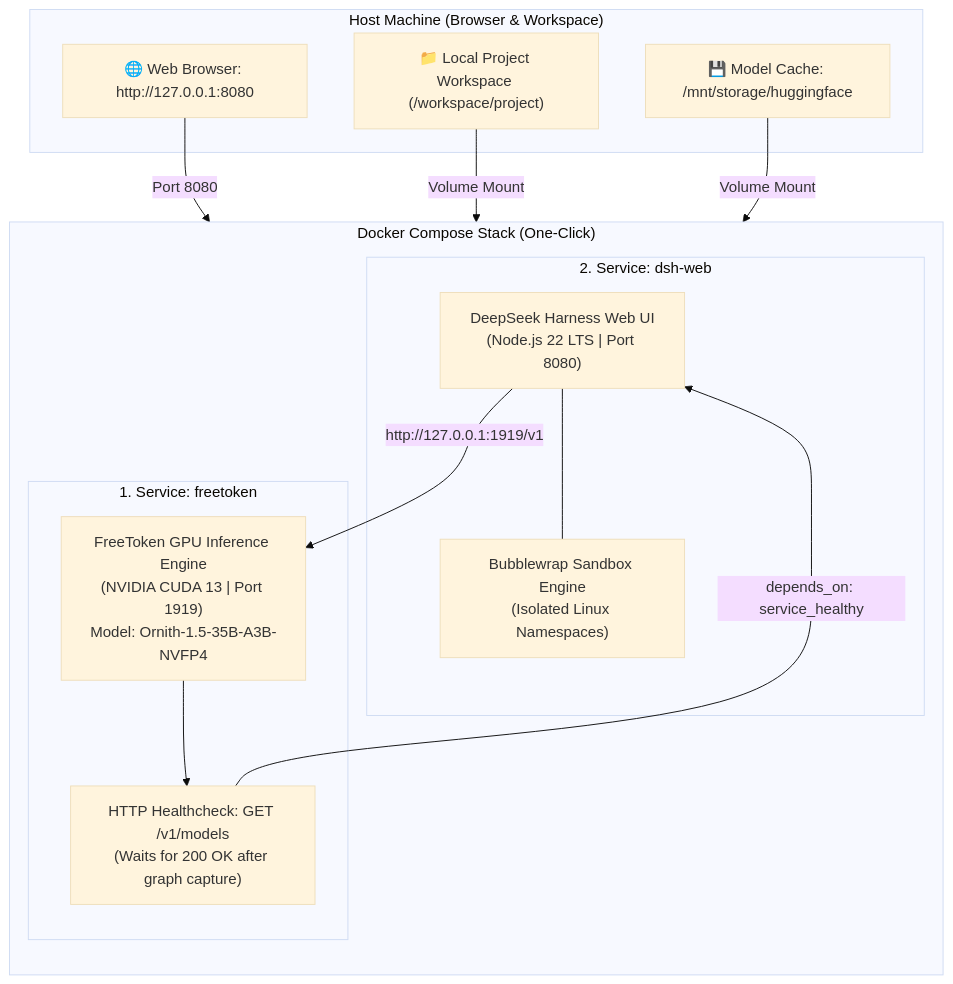
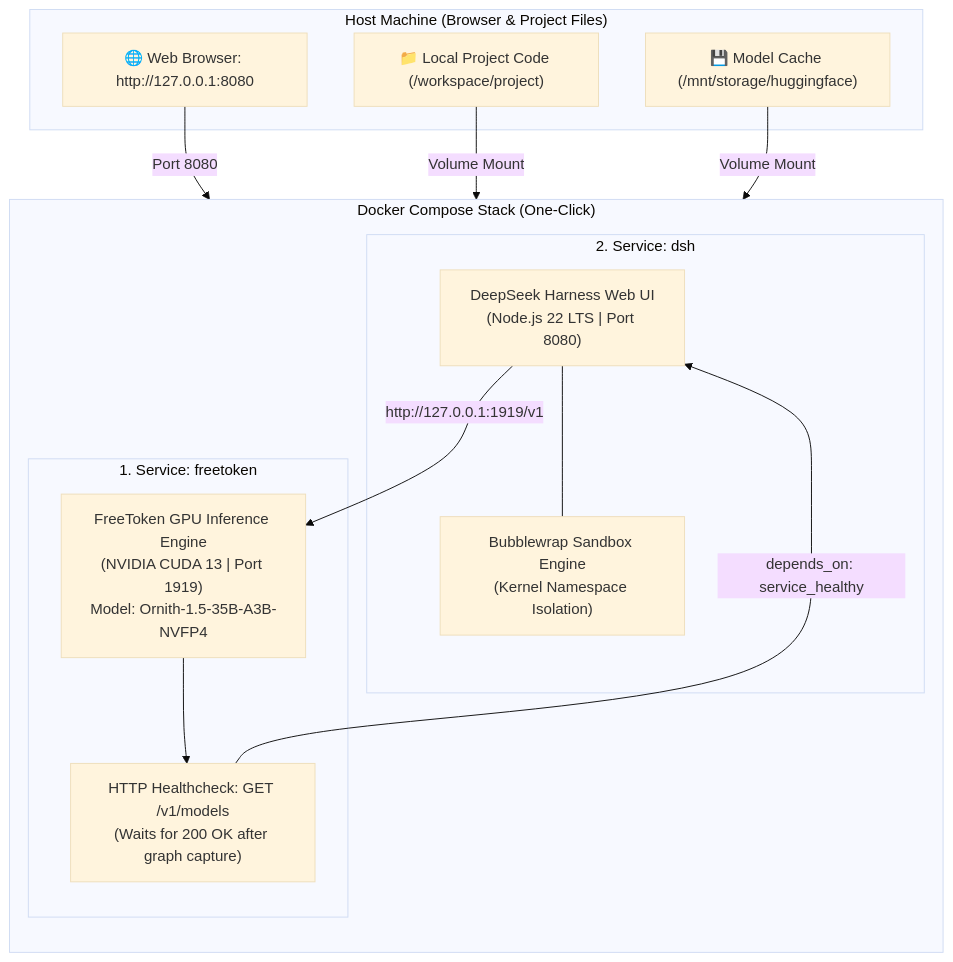
Before and after one commit to abdennebi/FreeTokenLab: the diagram in README.md, drawn with Mermaid (base theme). The commit also changed other lines of this file and 1 other file, not shown here.

Commit message:
Revise and polish READMEs to focus strictly on FreeToken and DeepSeek Harness (DSH)

````diff
--- a/README.md
+++ b/README.md
@@ -32,30 +29,30 @@
 ```mermaid
 flowchart TD
-    subgraph Host ["Host Machine (Browser & Workspace)"]
+    subgraph Host ["Host Machine (Browser & Project Files)"]
         Browser["🌐 Web Browser: http://127.0.0.1:8080"]
-        Workspace["📁 Local Project Workspace (/workspace/project)"]
-        HFCache["💾 Model Cache: /mnt/storage/huggingface"]
+        Workspace["📁 Local Project Code (/workspace/project)"]
+        HFCache["💾 Model Cache (/mnt/storage/huggingface)"]
     end
 
-    subgraph Stack ["Docker Compose Stack (One-Click)"]
+    subgraph ComposeStack ["Docker Compose Stack (One-Click)"]
         direction TB
         subgraph S1 ["1. Service: freetoken"]
             FT["FreeToken GPU Inference Engine\n(NVIDIA CUDA 13 | Port 1919)\nModel: Ornith-1.5-35B-A3B-NVFP4"]
             HC["HTTP Healthcheck: GET /v1/models\n(Waits for 200 OK after graph capture)"]
         end
 
-        subgraph S2 ["2. Service: dsh-web"]
+        subgraph S2 ["2. Service: dsh"]
             DSH["DeepSeek Harness Web UI\n(Node.js 22 LTS | Port 8080)"]
-            BWRAP["Bubblewrap Sandbox Engine\n(Isolated Linux Namespaces)"]
+            BWRAP["Bubblewrap Sandbox Engine\n(Kernel Namespace Isolation)"]
         end
 
         FT --> HC
         HC -->|depends_on: service_healthy| DSH
         DSH -->|http://127.0.0.1:1919/v1| FT
         DSH --- BWRAP
     end
 
     Browser -->|Port 8080| DSH
     Workspace -->|Volume Mount| DSH
     HFCache -->|Volume Mount| FT
 ```
````
